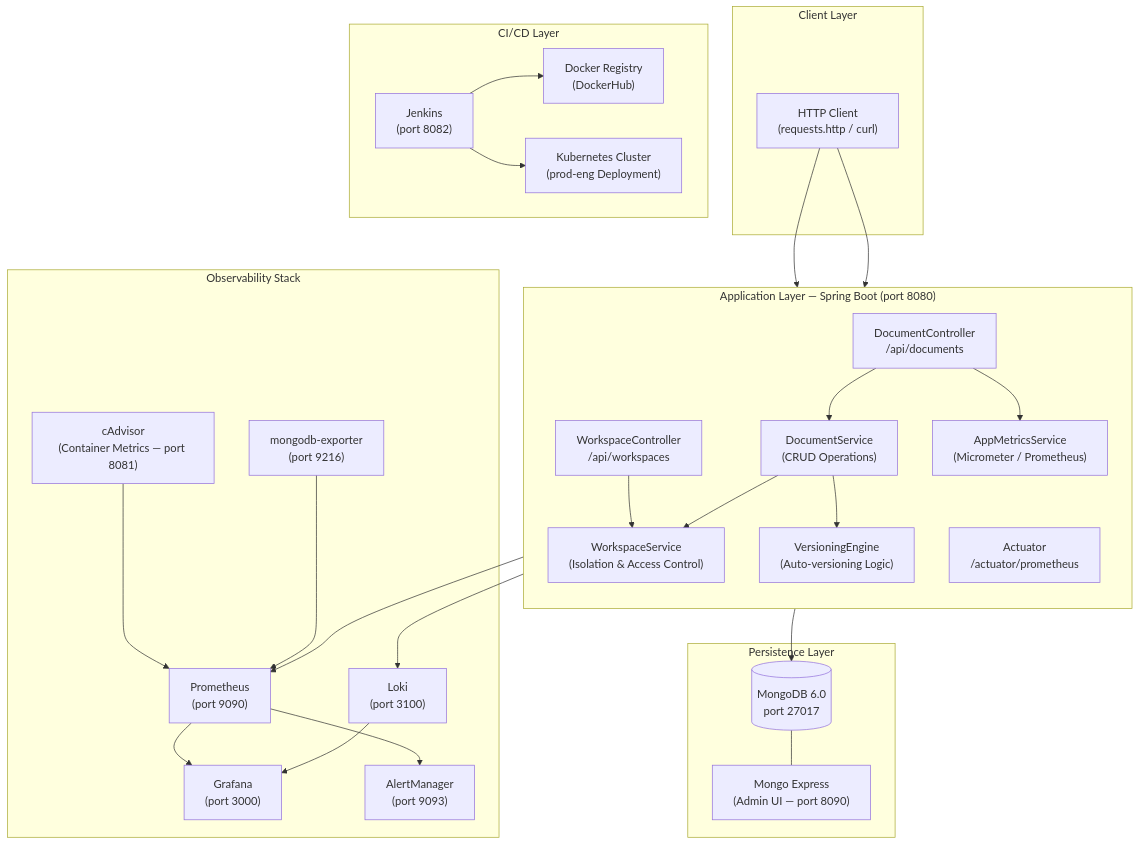
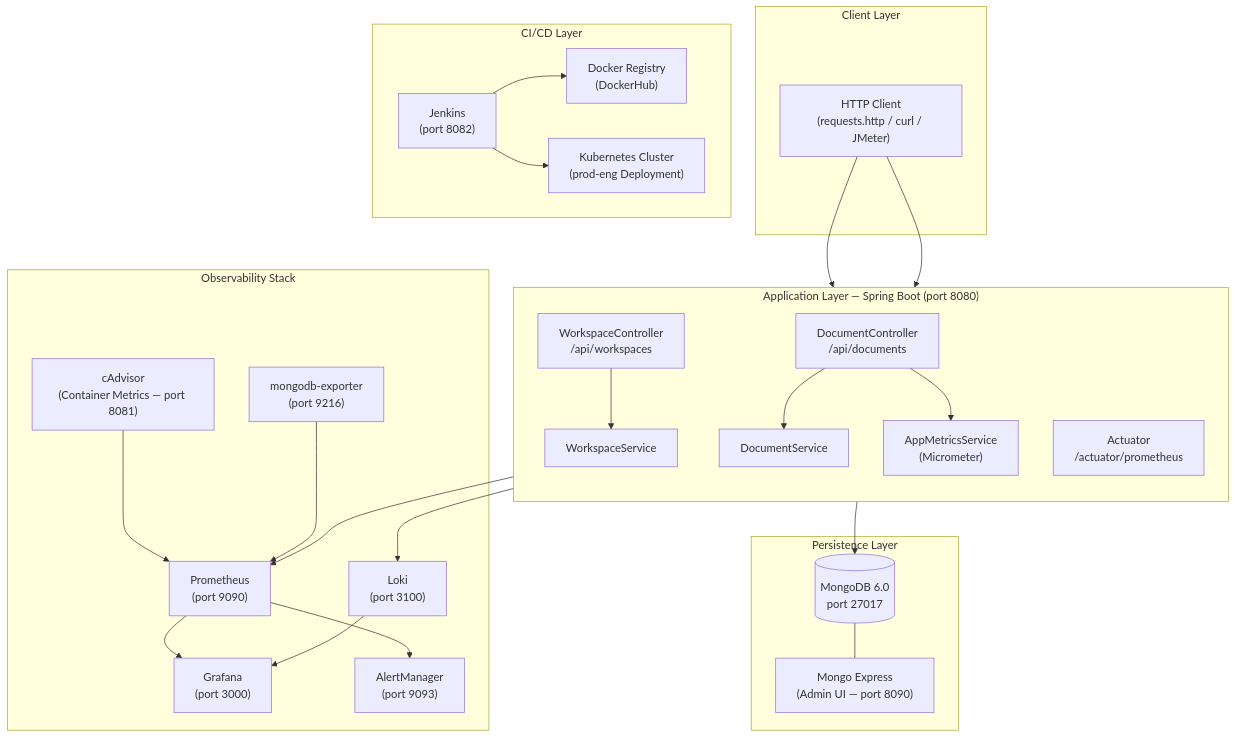
Before and after one commit to ProdEngOrg/DocuVault: the third of 8 diagrams in README.md, drawn with Mermaid. The commit also changed other lines of this file and 6 other files, not shown here.

Commit message:
docs: update README with comprehensive API documentation and architecture diagrams, and reorganize JMeter test plans.

````diff
--- a/README.md
+++ b/README.md
@@ -72,59 +238,56 @@
 ```mermaid
 graph TB
     subgraph Client["Client Layer"]
-        HTTP["HTTP Client\n(requests.http / curl)"]
+        HTTP["HTTP Client\n(requests.http / curl / JMeter)"]
     end
 
     subgraph App["Application Layer — Spring Boot (port 8080)"]
         direction TB
         WC["WorkspaceController\n/api/workspaces"]
         DC["DocumentController\n/api/documents"]
         ACT["Actuator\n/actuator/prometheus"]
 
-        WS["WorkspaceService\n(Isolation & Access Control)"]
-        DS["DocumentService\n(CRUD Operations)"]
-        VS["VersioningEngine\n(Auto-versioning Logic)"]
-        MS["AppMetricsService\n(Micrometer / Prometheus)"]
+        WS["WorkspaceService"]
+        DS["DocumentService"]
+        MS["AppMetricsService\n(Micrometer)"]
 
         WC --> WS
         DC --> DS
         DC --> MS
-        DS --> VS
-        DS --> WS
     end
 
     subgraph DB["Persistence Layer"]
         MONGO[("MongoDB 6.0\nport 27017")]
         MONGOUI["Mongo Express\n(Admin UI — port 8090)"]
         MONGO --- MONGOUI
     end
 
     subgraph Observability["Observability Stack"]
         PROM["Prometheus\n(port 9090)"]
         GRAF["Grafana\n(port 3000)"]
         LOKI["Loki\n(port 3100)"]
         AM["AlertManager\n(port 9093)"]
         CADV["cAdvisor\n(Container Metrics — port 8081)"]
         MDBE["mongodb-exporter\n(port 9216)"]
 
         PROM --> GRAF
         PROM --> AM
         LOKI --> GRAF
         CADV --> PROM
         MDBE --> PROM
     end
 
     subgraph CI["CI/CD Layer"]
         JEN["Jenkins\n(port 8082)"]
         REG["Docker Registry\n(DockerHub)"]
         K8S["Kubernetes Cluster\n(prod-eng Deployment)"]
         JEN --> REG
         JEN --> K8S
     end
 
     HTTP --> WC
     HTTP --> DC
     App --> MONGO
     ACT --> PROM
     App --> LOKI
 ```
````
